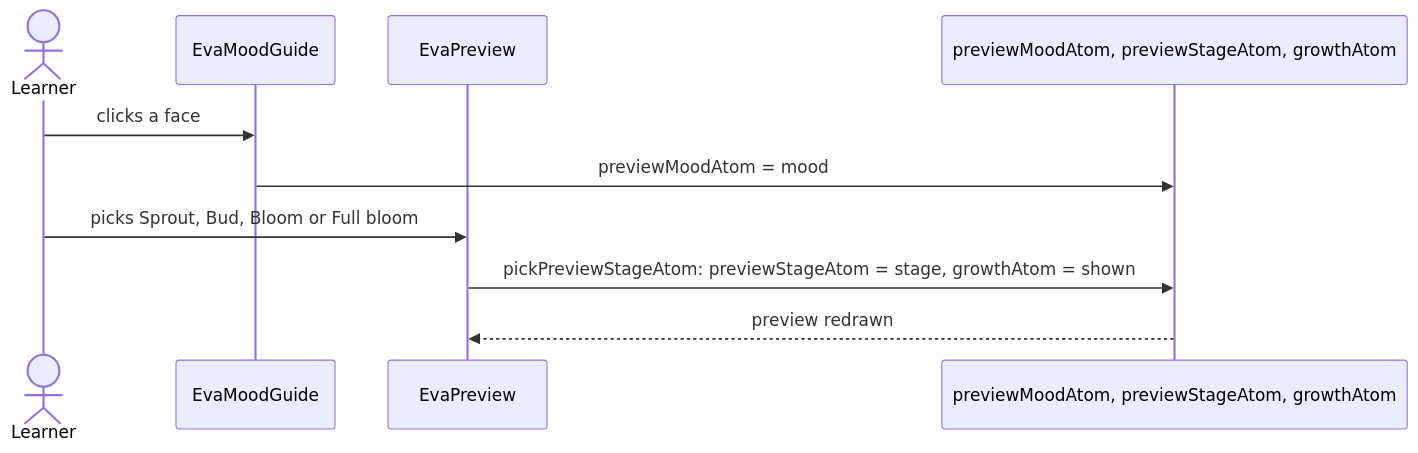
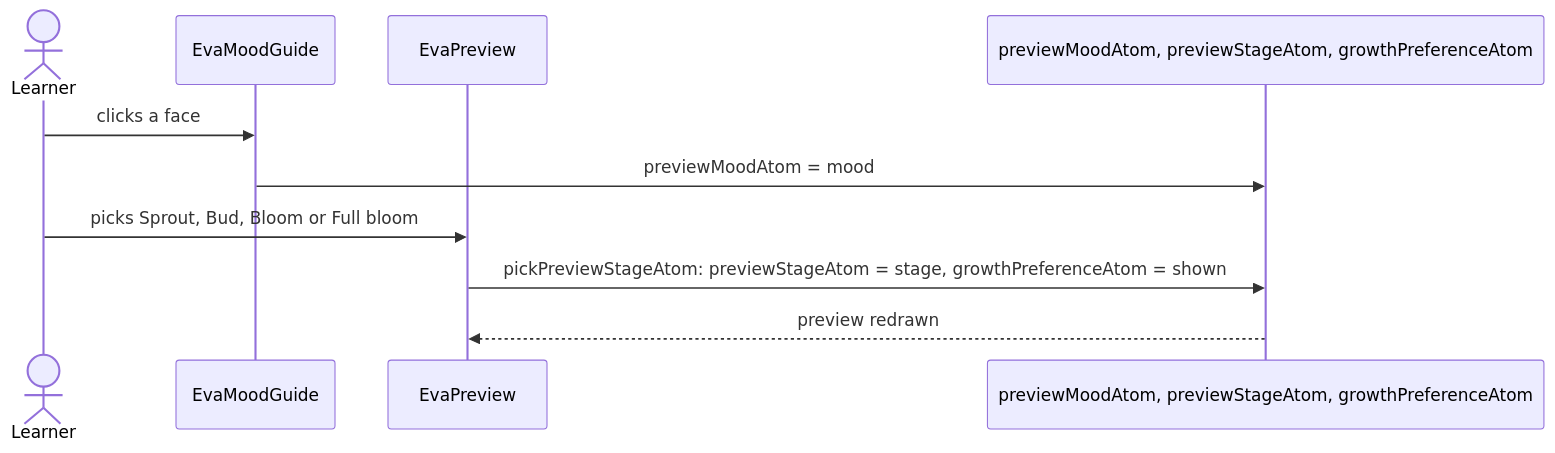
Before and after one commit to oleksii-latyshev/english-trainer: the second of 6 diagrams in src/features/eva-settings/flow.md, drawn with Mermaid. The commit also changed other lines of this file and 75 other files, not shown here.

````diff
--- a/src/features/eva-settings/flow.md
+++ b/src/features/eva-settings/flow.md
@@ -25,13 +25,13 @@
 ```mermaid
 sequenceDiagram
     actor Learner
     participant Guide as EvaMoodGuide
     participant Controls as EvaPreview
-    participant Atoms as previewMoodAtom, previewStageAtom, growthAtom
+    participant Atoms as previewMoodAtom, previewStageAtom, growthPreferenceAtom
 
     Learner->>Guide: clicks a face
     Guide->>Atoms: previewMoodAtom = mood
     Learner->>Controls: picks Sprout, Bud, Bloom or Full bloom
-    Controls->>Atoms: pickPreviewStageAtom: previewStageAtom = stage, growthAtom = shown
+    Controls->>Atoms: pickPreviewStageAtom: previewStageAtom = stage, growthPreferenceAtom = shown
     Atoms-->>Controls: preview redrawn
 ```
````
